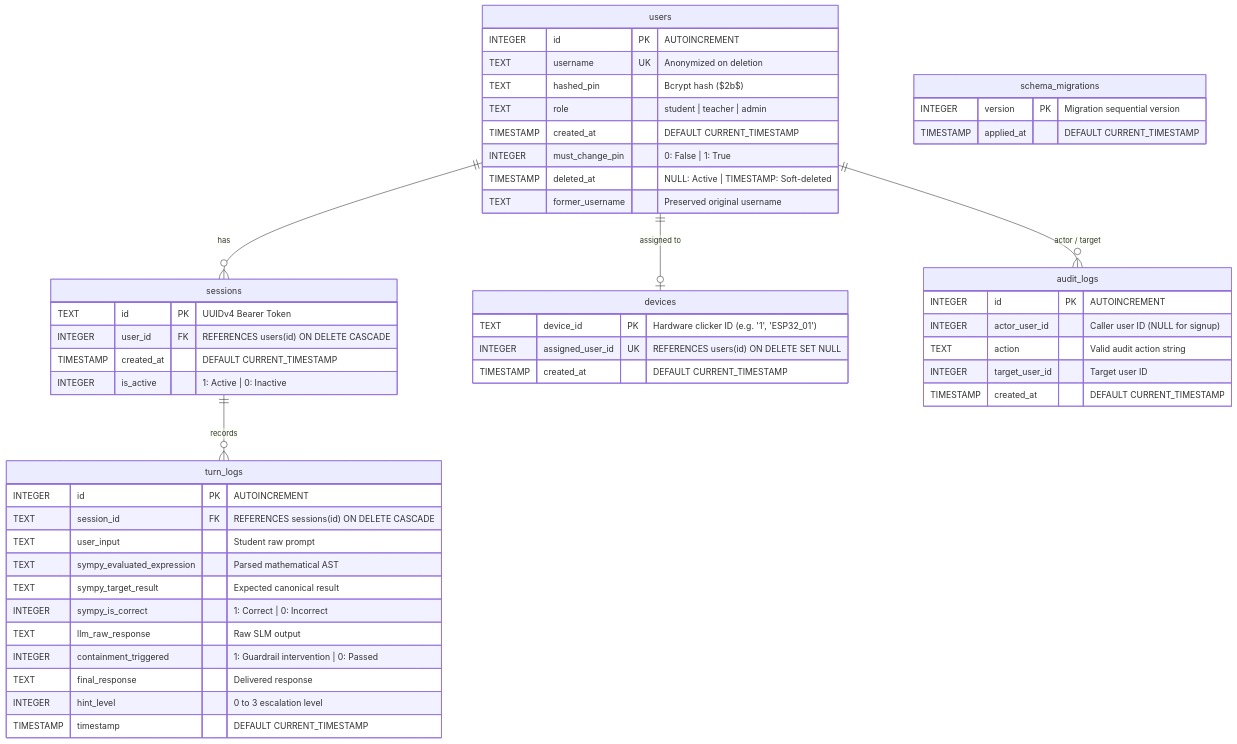
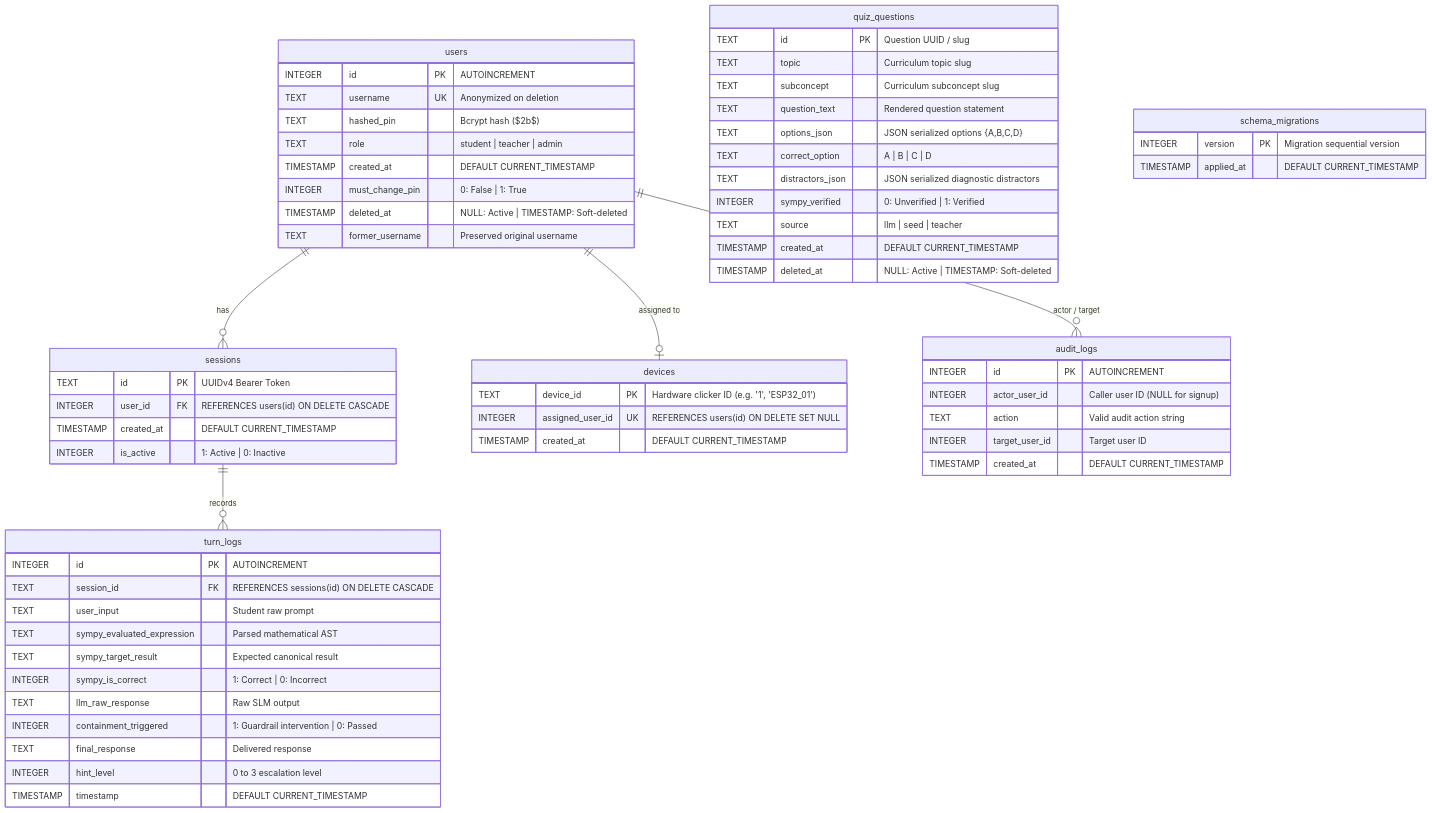
The diagram in docs/database-schema.md (GabGP/TutorBox), drawn with Mermaid before and after one commit. The commit also changed other lines of this file and 7 other files, not shown here.

Commit message:
feat(quiz): add question bank database schema, repository, and mapper utilities

````diff
--- a/docs/database-schema.md
+++ b/docs/database-schema.md
@@ -56,58 +58,72 @@
 ```mermaid
 erDiagram
     users ||--o{ sessions : "has"
     users ||--o| devices : "assigned to"
     sessions ||--o{ turn_logs : "records"
     users ||--o{ audit_logs : "actor / target"
 
     users {
         INTEGER id PK "AUTOINCREMENT"
         TEXT username UK "Anonymized on deletion"
         TEXT hashed_pin "Bcrypt hash ($2b$)"
         TEXT role "student | teacher | admin"
         TIMESTAMP created_at "DEFAULT CURRENT_TIMESTAMP"
         INTEGER must_change_pin "0: False | 1: True"
         TIMESTAMP deleted_at "NULL: Active | TIMESTAMP: Soft-deleted"
         TEXT former_username "Preserved original username"
     }
 
     devices {
         TEXT device_id PK "Hardware clicker ID (e.g. '1', 'ESP32_01')"
         INTEGER assigned_user_id UK "REFERENCES users(id) ON DELETE SET NULL"
         TIMESTAMP created_at "DEFAULT CURRENT_TIMESTAMP"
     }
 
     sessions {
         TEXT id PK "UUIDv4 Bearer Token"
         INTEGER user_id FK "REFERENCES users(id) ON DELETE CASCADE"
         TIMESTAMP created_at "DEFAULT CURRENT_TIMESTAMP"
         INTEGER is_active "1: Active | 0: Inactive"
     }
 
     turn_logs {
         INTEGER id PK "AUTOINCREMENT"
         TEXT session_id FK "REFERENCES sessions(id) ON DELETE CASCADE"
         TEXT user_input "Student raw prompt"
         TEXT sympy_evaluated_expression "Parsed mathematical AST"
         TEXT sympy_target_result "Expected canonical result"
         INTEGER sympy_is_correct "1: Correct | 0: Incorrect"
         TEXT llm_raw_response "Raw SLM output"
         INTEGER containment_triggered "1: Guardrail intervention | 0: Passed"
         TEXT final_response "Delivered response"
         INTEGER hint_level "0 to 3 escalation level"
         TIMESTAMP timestamp "DEFAULT CURRENT_TIMESTAMP"
     }
 
+    quiz_questions {
+        TEXT id PK "Question UUID / slug"
+        TEXT topic "Curriculum topic slug"
+        TEXT subconcept "Curriculum subconcept slug"
+        TEXT question_text "Rendered question statement"
+        TEXT options_json "JSON serialized options {A,B,C,D}"
+        TEXT correct_option "A | B | C | D"
+        TEXT distractors_json "JSON serialized diagnostic distractors"
+        INTEGER sympy_verified "0: Unverified | 1: Verified"
+        TEXT source "llm | seed | teacher"
+        TIMESTAMP created_at "DEFAULT CURRENT_TIMESTAMP"
+        TIMESTAMP deleted_at "NULL: Active | TIMESTAMP: Soft-deleted"
+    }
+
     audit_logs {
         INTEGER id PK "AUTOINCREMENT"
         INTEGER actor_user_id "Caller user ID (NULL for signup)"
         TEXT action "Valid audit action string"
         INTEGER target_user_id "Target user ID"
         TIMESTAMP created_at "DEFAULT CURRENT_TIMESTAMP"
     }
 
     schema_migrations {
         INTEGER version PK "Migration sequential version"
         TIMESTAMP applied_at "DEFAULT CURRENT_TIMESTAMP"
     }
 ```
````
